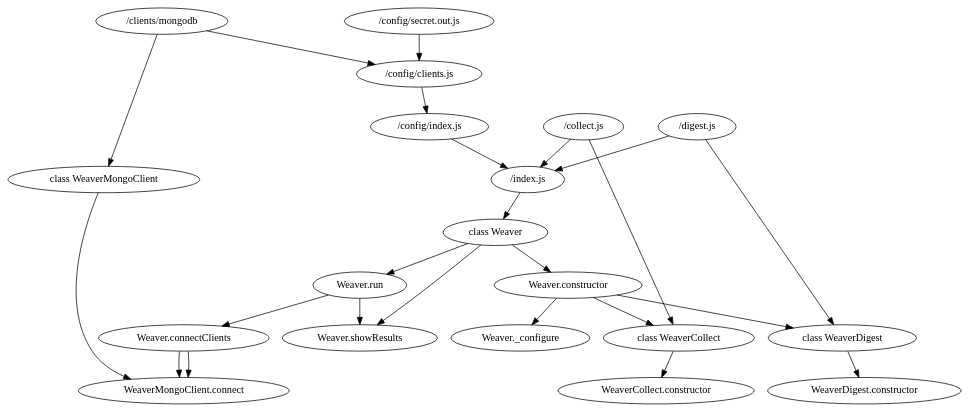
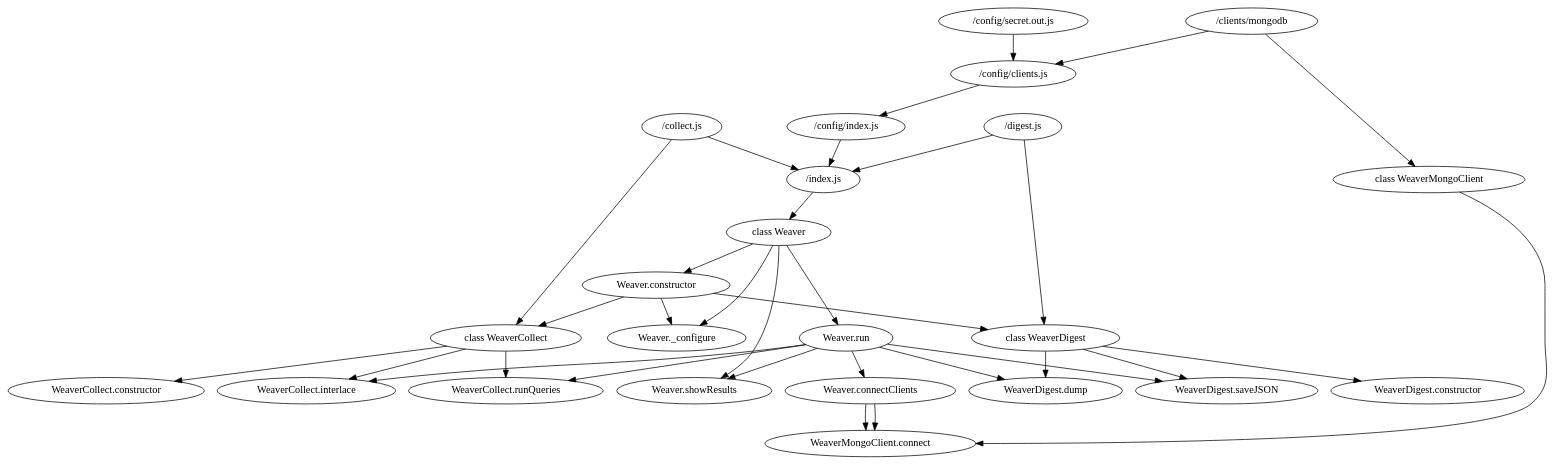
Before and after one commit to SkeloGH/weaver: the diagram in approach_004-schemaless/doc/general-diagram.gv, drawn with Graphviz.

Commit message:
[graphviz] updated general graph

```diff
--- a/approach_004-schemaless/doc/general-diagram.gv
+++ b/approach_004-schemaless/doc/general-diagram.gv
@@ -1,34 +1,47 @@
 digraph {
   "/config/secret.out.js" -> "/config/clients.js"
   "/clients/mongodb" -> "class WeaverMongoClient"
   "class WeaverMongoClient" -> "WeaverMongoClient.connect"
 
   "/clients/mongodb" -> "/config/clients.js"
 
   "/config/clients.js" -> "/config/index.js"
   "/collect.js" -> "/index.js"
   "/digest.js" -> "/index.js"
 
   "/config/index.js" -> "/index.js"
 
   "/index.js" -> "class Weaver"
 
   "class Weaver" -> "Weaver.constructor"
     "Weaver.constructor" -> "class WeaverCollect"
     "Weaver.constructor" -> "class WeaverDigest"
+
+  "class Weaver" -> "Weaver._configure"
     "Weaver.constructor" -> "Weaver._configure"
 
   "class Weaver" -> "Weaver.run"
     "Weaver.run" -> "Weaver.connectClients"
       "Weaver.connectClients" -> "WeaverMongoClient.connect"
       "Weaver.connectClients" -> "WeaverMongoClient.connect"
+
+    "Weaver.run" -> "WeaverCollect.runQueries"
+    "Weaver.run" -> "WeaverCollect.interlace"
+
+    "Weaver.run" -> "WeaverDigest.saveJSON"
+    "Weaver.run" -> "WeaverDigest.dump"
+
     "Weaver.run" -> "Weaver.showResults"
 
   "class Weaver" -> "Weaver.showResults"
 
   "/collect.js" -> "class WeaverCollect"
-  "class WeaverCollect" -> "WeaverCollect.constructor"
+    "class WeaverCollect" -> "WeaverCollect.constructor"
+    "class WeaverCollect" -> "WeaverCollect.runQueries"
+    "class WeaverCollect" -> "WeaverCollect.interlace"
 
   "/digest.js" -> "class WeaverDigest"
-  "class WeaverDigest" -> "WeaverDigest.constructor"
+    "class WeaverDigest" -> "WeaverDigest.constructor"
+    "class WeaverDigest" -> "WeaverDigest.saveJSON"
+    "class WeaverDigest" -> "WeaverDigest.dump"
 }
```
